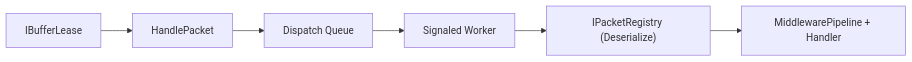
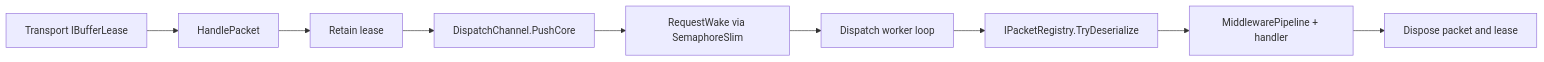
Before and after one commit to ppn-systems/Nalix: the diagram in docs/api/runtime/routing/packet-dispatch.md, drawn with Mermaid. The commit also changed other lines of this file and 114 other files, not shown here.

````diff
--- a/docs/api/runtime/routing/packet-dispatch.md
+++ b/docs/api/runtime/routing/packet-dispatch.md
@@ -45,8 +17,11 @@
 ```mermaid
 flowchart LR
-    A["IBufferLease"] --> B["HandlePacket"]
-    B --> C["Dispatch Queue"]
-    C --> D["Signaled Worker"]
-    D --> E["IPacketRegistry (Deserialize)"]
-    E --> F["MiddlewarePipeline + Handler"]
+    A["Transport IBufferLease"] --> B["HandlePacket"]
+    B --> C["Retain lease"]
+    C --> D["DispatchChannel.PushCore"]
+    D --> E["RequestWake via SemaphoreSlim"]
+    E --> F["Dispatch worker loop"]
+    F --> G["IPacketRegistry.TryDeserialize"]
+    G --> H["MiddlewarePipeline + handler"]
+    H --> I["Dispose packet and lease"]
 ```
````
